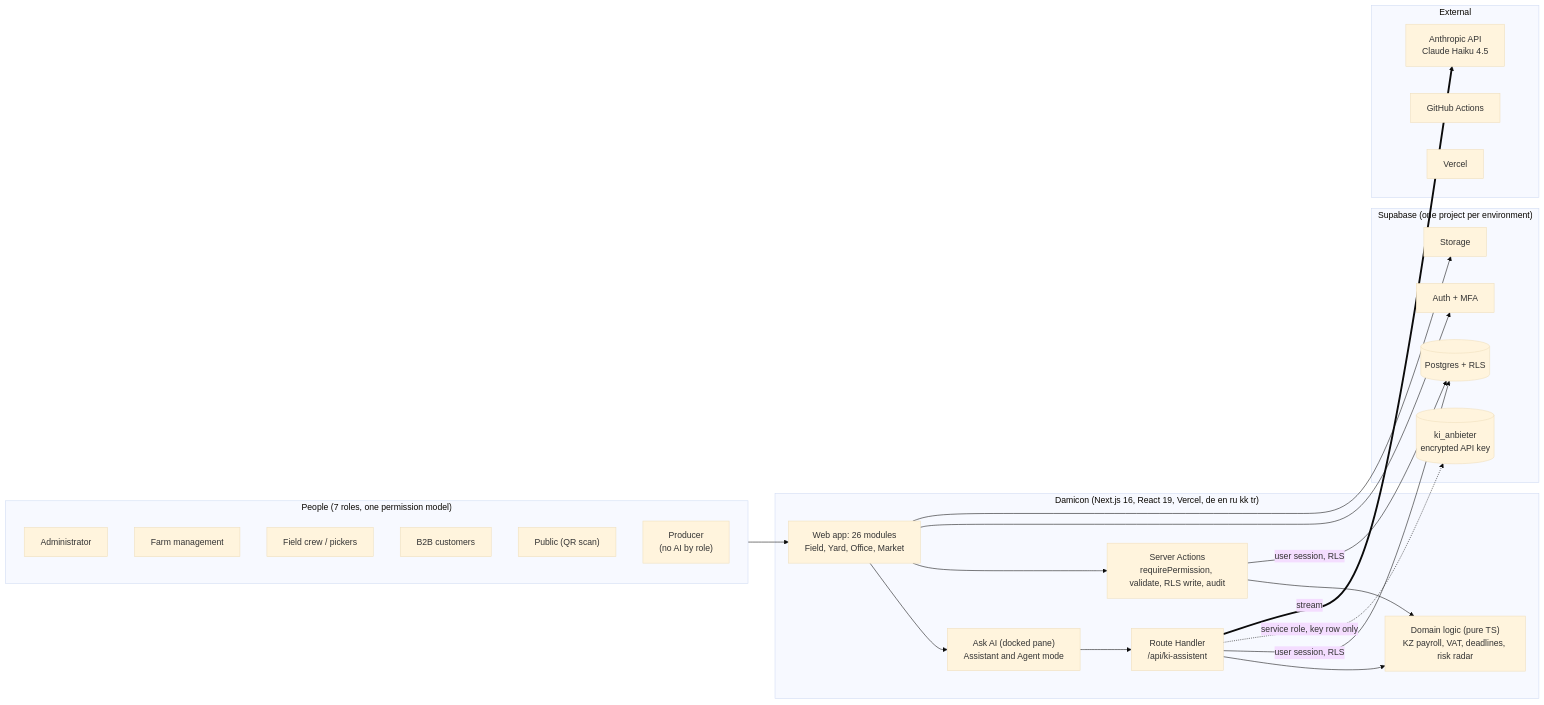
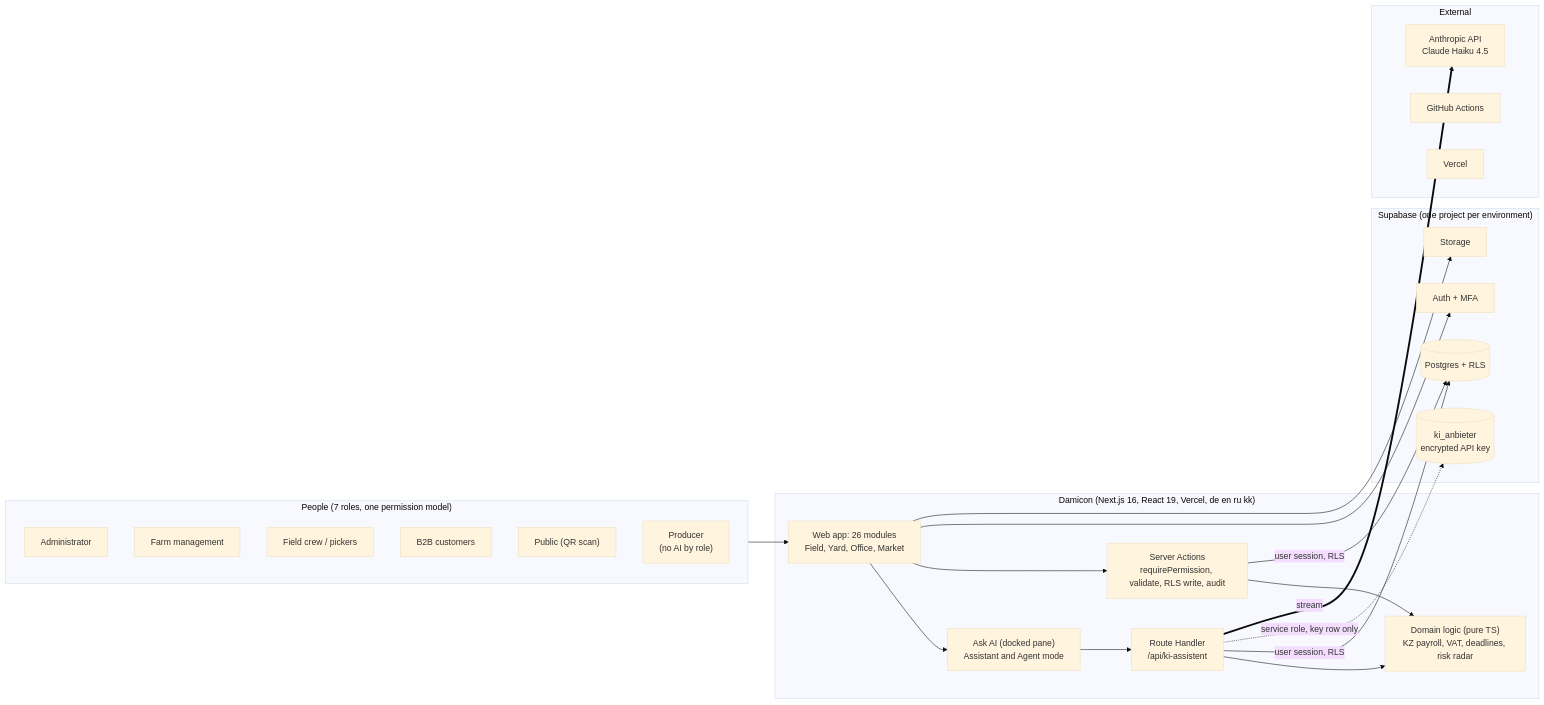
The first of 3 diagrams in docs/architecture/README.md (Wamocon/damicon), drawn with Mermaid (base theme) before and after one commit. The commit also changed 26 other files, not shown here.

````diff
--- a/docs/architecture/README.md
+++ b/docs/architecture/README.md
@@ -17,45 +17,45 @@
 ```mermaid
 flowchart LR
   subgraph People["People (7 roles, one permission model)"]
     admin["Administrator"]
     mgmt["Farm management"]
     crew["Field crew / pickers"]
     b2b["B2B customers"]
     pub["Public (QR scan)"]
     acc["Producer<br/>(no AI by role)"]
   end
 
-  subgraph Damicon["Damicon (Next.js 16, React 19, Vercel, de en ru kk tr)"]
+  subgraph Damicon["Damicon (Next.js 16, React 19, Vercel, de en ru kk)"]
     web["Web app: 26 modules<br/>Field, Yard, Office, Market"]
     ai["Ask AI (docked pane)<br/>Assistant and Agent mode"]
     sa["Server Actions<br/>requirePermission, validate, RLS write, audit"]
     route["Route Handler<br/>/api/ki-assistent"]
     kern["Domain logic (pure TS)<br/>KZ payroll, VAT, deadlines, risk radar"]
   end
 
   subgraph Supabase["Supabase (one project per environment)"]
     pg[("Postgres + RLS")]
     auth["Auth + MFA"]
     store["Storage"]
     keys[("ki_anbieter<br/>encrypted API key")]
   end
 
   subgraph External
     claude["Anthropic API<br/>Claude Haiku 4.5"]
     gha["GitHub Actions"]
     vercel["Vercel"]
   end
 
   People --> web
   web --> ai
   web --> sa
   ai --> route
   sa --> kern
   route --> kern
   sa -->|user session, RLS| pg
   route -->|user session, RLS| pg
   web --> auth
   web --> store
   route -.->|service role, key row only| keys
   route ==>|stream| claude
 ```
````
